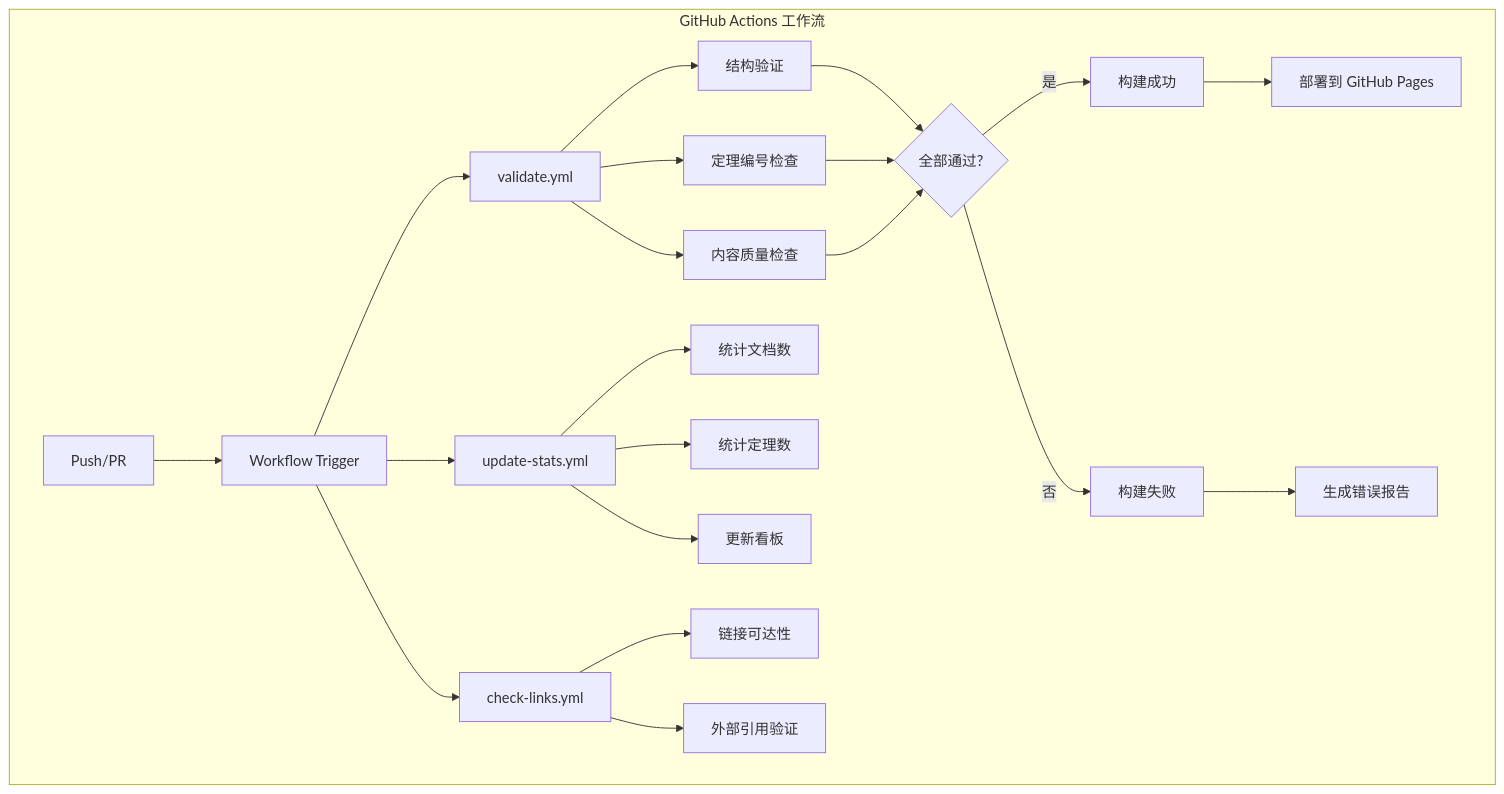
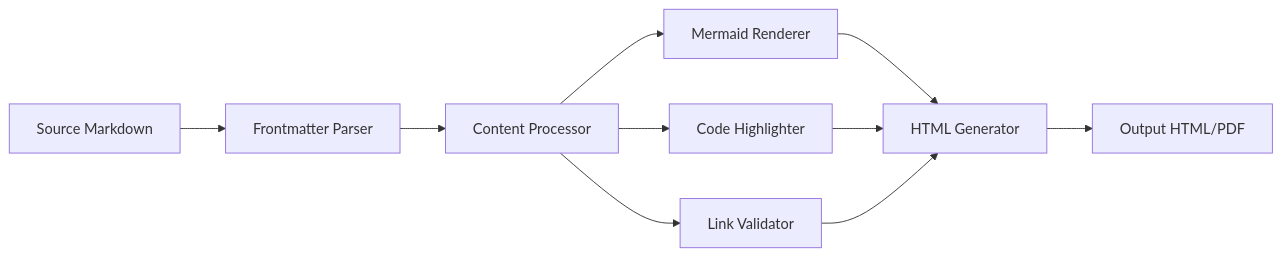
Before and after one commit to AdaMartin18010/AnalysisDataFlow: the second of 3 diagrams in i18n/en/ARCHITECTURE.md, drawn with Mermaid. The commit also changed other lines of this file and 210 other files, not shown here.

````diff
--- a/i18n/en/ARCHITECTURE.md
+++ b/i18n/en/ARCHITECTURE.md
@@ -288,28 +155,12 @@
 ```mermaid
-flowchart TB
-    subgraph "GitHub Actions 工作流"
-        A[Push/PR] --> B[Workflow Trigger]
-
-        B --> C[validate.yml]
-        B --> D[update-stats.yml]
-        B --> E[check-links.yml]
-
-        C --> C1[结构验证]
-        C --> C2[定理编号检查]
-        C --> C3[内容质量检查]
-
-        D --> D1[统计文档数]
-        D --> D2[统计定理数]
-        D --> D3[更新看板]
-
-        E --> E1[链接可达性]
-        E --> E2[外部引用验证]
-
-        C1 & C2 & C3 --> F{全部通过?}
-        F -->|是| G[构建成功]
-        F -->|否| H[构建失败]
-
-        G --> I[部署到 GitHub Pages]
-        H --> J[生成错误报告]
-    end
+flowchart LR
+    A[Source Markdown] --> B[Frontmatter Parser]
+    B --> C[Content Processor]
+    C --> D[Mermaid Renderer]
+    C --> E[Code Highlighter]
+    C --> F[Link Validator]
+    D --> G[HTML Generator]
+    E --> G
+    F --> G
+    G --> H[Output HTML/PDF]
 ```
````
